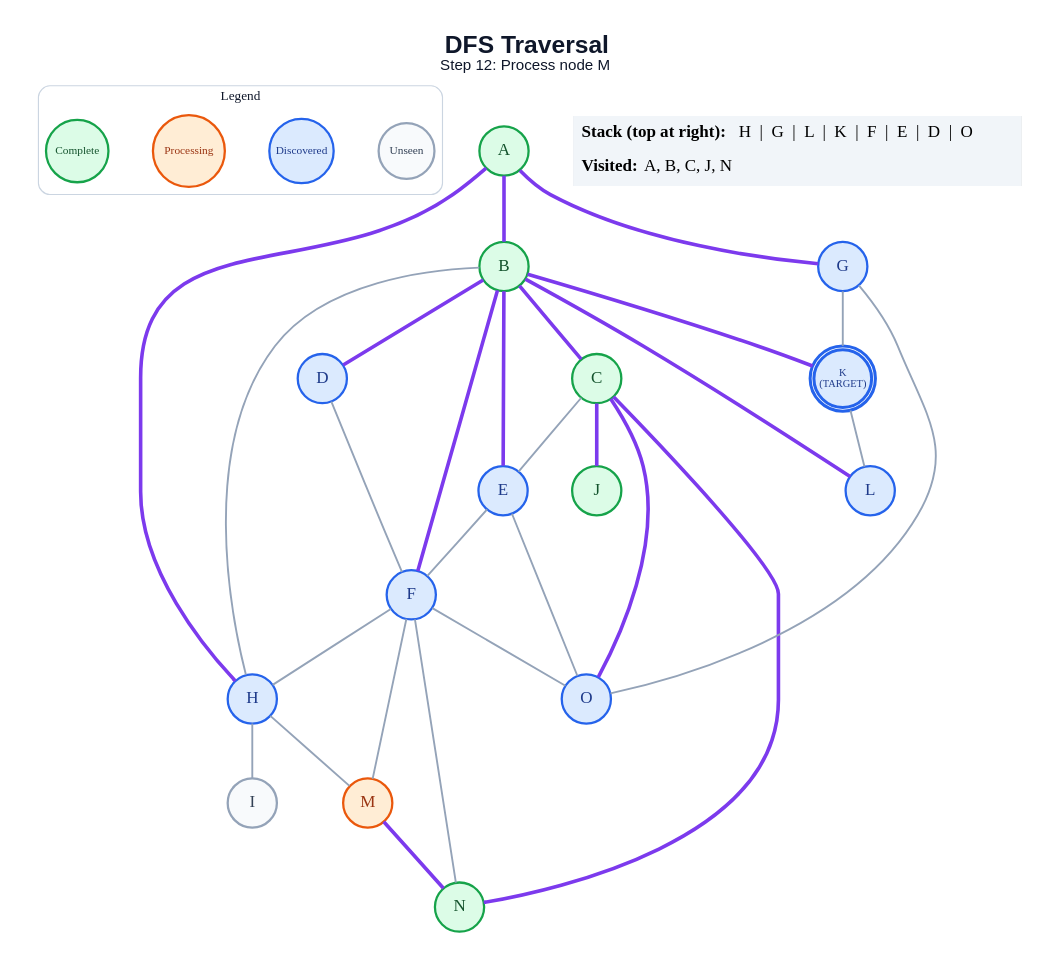
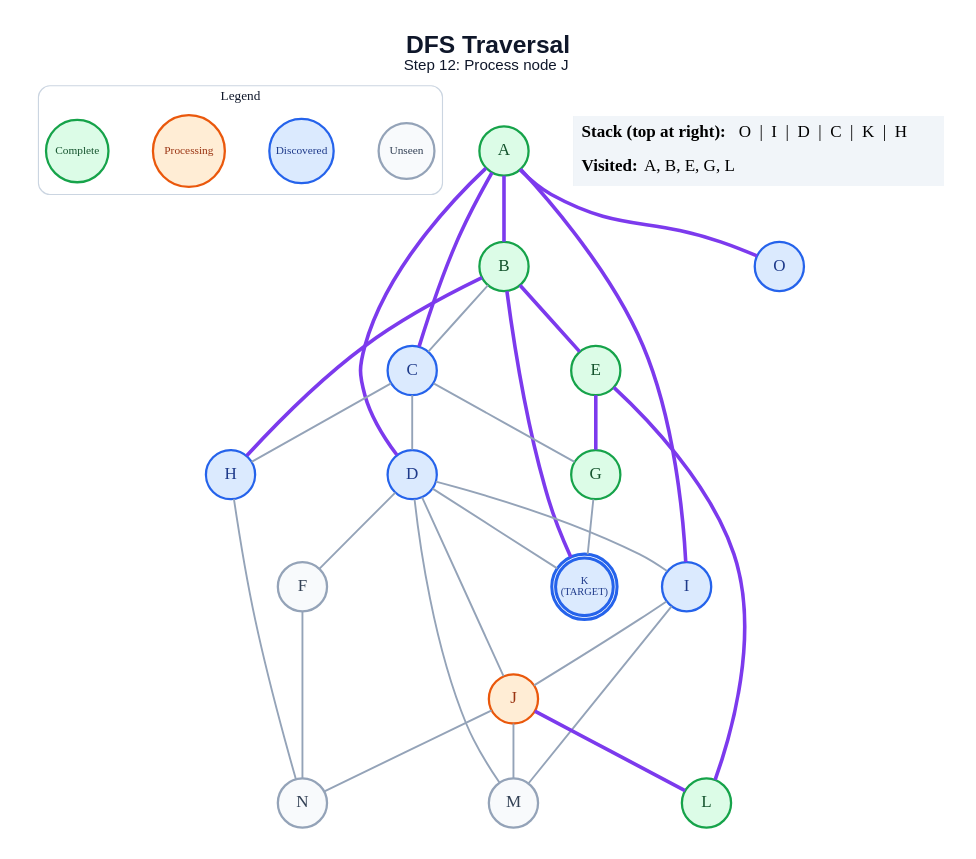
The diagram in generated/dfs/step_12.dot (anon7238593-create/ai-slop), drawn with Graphviz before and after one commit. The commit also changed 217 other files, not shown here.

```diff
--- a/generated/dfs/step_12.dot
+++ b/generated/dfs/step_12.dot
@@ -1,61 +1,61 @@
 graph traversal {
   graph [layout=dot, rankdir=TB, bgcolor="#FFFFFF", pad="0.35", nodesep="0.65", ranksep="0.8", fontname="Arial"];
   node [shape=circle, style="filled", fontname="Arial Bold", fontsize=18, width=0.72, fixedsize=true, penwidth=2.4];
   edge [color="#94A3B8", penwidth=2.0];
-  label=<<B>DFS Traversal</B><BR/><FONT POINT-SIZE="16">Step 12: Process node M</FONT>>; labelloc="t"; fontsize=26; fontname="Arial"; fontcolor="#0F172A";
+  label=<<B>DFS Traversal</B><BR/><FONT POINT-SIZE="16">Step 12: Process node J</FONT>>; labelloc="t"; fontsize=26; fontname="Arial"; fontcolor="#0F172A";
   subgraph cluster_legend { label="Legend"; color="#CBD5E1"; penwidth=1.2; style="rounded"; fontsize=14; fontname="Arial Bold";
     key_unseen [label="Unseen", fillcolor="#F8FAFC", color="#94A3B8", fontcolor="#334155", fontsize=12, width=0.82];
     key_frontier [label="Discovered", fillcolor="#DBEAFE", color="#2563EB", fontcolor="#1E3A8A", fontsize=12, width=0.95];
     key_current [label="Processing", fillcolor="#FFEDD5", color="#EA580C", fontcolor="#9A3412", fontsize=12, width=1.05];
     key_done [label="Complete", fillcolor="#DCFCE7", color="#16A34A", fontcolor="#14532D", fontsize=12, width=0.92];
     { rank=same; key_unseen; key_frontier; key_current; key_done; }
   }
   A [label="A", fillcolor="#DCFCE7", color="#16A34A", fontcolor="#14532D", peripheries=1, penwidth=2.4];
   B [label="B", fillcolor="#DCFCE7", color="#16A34A", fontcolor="#14532D", peripheries=1, penwidth=2.4];
-  C [label="C", fillcolor="#DCFCE7", color="#16A34A", fontcolor="#14532D", peripheries=1, penwidth=2.4];
+  C [label="C", fillcolor="#DBEAFE", color="#2563EB", fontcolor="#1E3A8A", peripheries=1, penwidth=2.4];
   D [label="D", fillcolor="#DBEAFE", color="#2563EB", fontcolor="#1E3A8A", peripheries=1, penwidth=2.4];
-  E [label="E", fillcolor="#DBEAFE", color="#2563EB", fontcolor="#1E3A8A", peripheries=1, penwidth=2.4];
-  F [label="F", fillcolor="#DBEAFE", color="#2563EB", fontcolor="#1E3A8A", peripheries=1, penwidth=2.4];
-  G [label="G", fillcolor="#DBEAFE", color="#2563EB", fontcolor="#1E3A8A", peripheries=1, penwidth=2.4];
+  E [label="E", fillcolor="#DCFCE7", color="#16A34A", fontcolor="#14532D", peripheries=1, penwidth=2.4];
+  F [label="F", fillcolor="#F8FAFC", color="#94A3B8", fontcolor="#334155", peripheries=1, penwidth=2.4];
+  G [label="G", fillcolor="#DCFCE7", color="#16A34A", fontcolor="#14532D", peripheries=1, penwidth=2.4];
   H [label="H", fillcolor="#DBEAFE", color="#2563EB", fontcolor="#1E3A8A", peripheries=1, penwidth=2.4];
-  I [label="I", fillcolor="#F8FAFC", color="#94A3B8", fontcolor="#334155", peripheries=1, penwidth=2.4];
-  J [label="J", fillcolor="#DCFCE7", color="#16A34A", fontcolor="#14532D", peripheries=1, penwidth=2.4];
+  I [label="I", fillcolor="#DBEAFE", color="#2563EB", fontcolor="#1E3A8A", peripheries=1, penwidth=2.4];
+  J [label="J", fillcolor="#FFEDD5", color="#EA580C", fontcolor="#9A3412", peripheries=1, penwidth=2.4];
   K [label="K\n(TARGET)", fillcolor="#DBEAFE", color="#2563EB", fontcolor="#1E3A8A", peripheries=2, penwidth=3.2, fontsize=11, width=0.85, height=0.85];
-  L [label="L", fillcolor="#DBEAFE", color="#2563EB", fontcolor="#1E3A8A", peripheries=1, penwidth=2.4];
-  M [label="M", fillcolor="#FFEDD5", color="#EA580C", fontcolor="#9A3412", peripheries=1, penwidth=2.4];
-  N [label="N", fillcolor="#DCFCE7", color="#16A34A", fontcolor="#14532D", peripheries=1, penwidth=2.4];
+  L [label="L", fillcolor="#DCFCE7", color="#16A34A", fontcolor="#14532D", peripheries=1, penwidth=2.4];
+  M [label="M", fillcolor="#F8FAFC", color="#94A3B8", fontcolor="#334155", peripheries=1, penwidth=2.4];
+  N [label="N", fillcolor="#F8FAFC", color="#94A3B8", fontcolor="#334155", peripheries=1, penwidth=2.4];
   O [label="O", fillcolor="#DBEAFE", color="#2563EB", fontcolor="#1E3A8A", peripheries=1, penwidth=2.4];
   A -- B [color="#7C3AED", penwidth=3.8];
-  A -- G [color="#7C3AED", penwidth=3.8];
-  A -- H [color="#7C3AED", penwidth=3.8];
-  B -- C [color="#7C3AED", penwidth=3.8];
-  B -- D [color="#7C3AED", penwidth=3.8];
+  A -- C [color="#7C3AED", penwidth=3.8];
+  A -- D [color="#7C3AED", penwidth=3.8];
+  A -- I [color="#7C3AED", penwidth=3.8];
+  A -- O [color="#7C3AED", penwidth=3.8];
+  B -- C;
   B -- E [color="#7C3AED", penwidth=3.8];
-  B -- F [color="#7C3AED", penwidth=3.8];
-  B -- H;
+  B -- H [color="#7C3AED", penwidth=3.8];
   B -- K [color="#7C3AED", penwidth=3.8];
-  B -- L [color="#7C3AED", penwidth=3.8];
-  C -- E;
-  C -- J [color="#7C3AED", penwidth=3.8];
-  C -- N [color="#7C3AED", penwidth=3.8];
-  C -- O [color="#7C3AED", penwidth=3.8];
+  C -- D;
+  C -- G;
+  C -- H;
   D -- F;
-  E -- F;
-  E -- O;
-  F -- H;
-  F -- M;
+  D -- I;
+  D -- J;
+  D -- K;
+  D -- M;
+  E -- G [color="#7C3AED", penwidth=3.8];
+  E -- L [color="#7C3AED", penwidth=3.8];
   F -- N;
-  F -- O;
   G -- K;
-  G -- O;
-  H -- I;
-  H -- M;
-  K -- L;
-  M -- N [color="#7C3AED", penwidth=3.8];
+  H -- N;
+  I -- J;
+  I -- M;
+  J -- L [color="#7C3AED", penwidth=3.8];
+  J -- M;
+  J -- N;
   status [shape=plain, fixedsize=false, width=0, height=0, margin=0, label=<
     <TABLE BORDER="0" CELLBORDER="0" CELLPADDING="7" BGCOLOR="#F1F5F9">
-      <TR><TD ALIGN="LEFT"><B>Stack (top at right):</B> H  |  G  |  L  |  K  |  F  |  E  |  D  |  O</TD></TR>
-      <TR><TD ALIGN="LEFT"><B>Visited:</B> A, B, C, J, N</TD></TR>
+      <TR><TD ALIGN="LEFT"><B>Stack (top at right):</B> O  |  I  |  D  |  C  |  K  |  H</TD></TR>
+      <TR><TD ALIGN="LEFT"><B>Visited:</B> A, B, E, G, L</TD></TR>
     </TABLE>
   >];
 }
```
